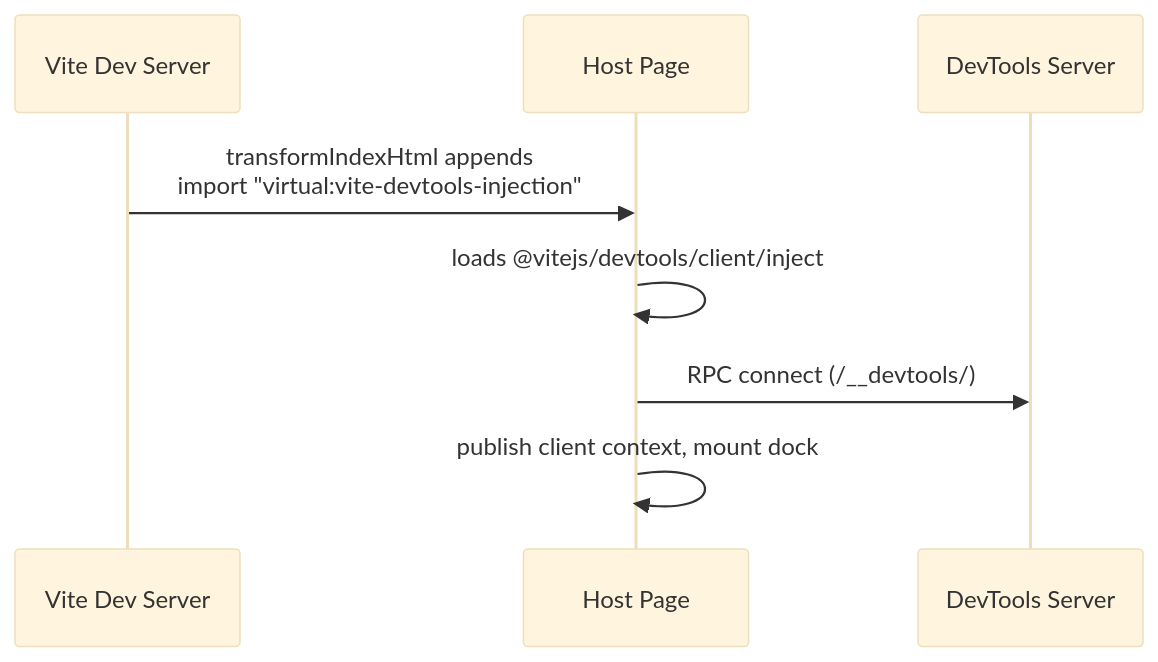
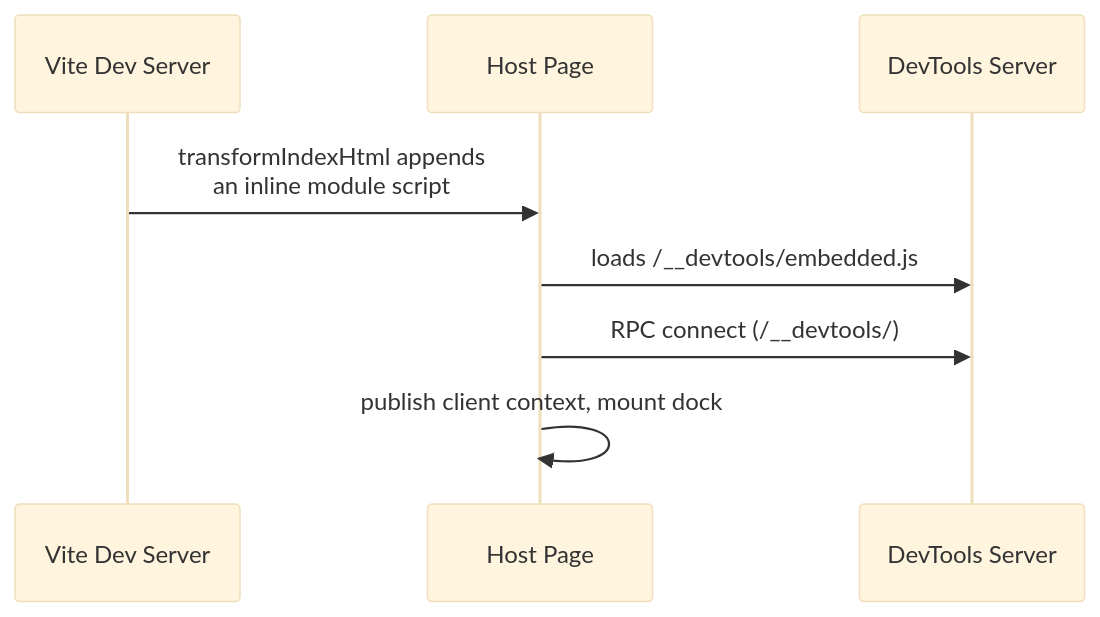
The diagram in docs/kit/client-context.md (vitejs/devtools), drawn with Mermaid (base theme) before and after one commit. The commit also changed other lines of this file and 1 other file, not shown here.

Commit message:
docs: update manual client injection usage (#596)

````diff
--- a/docs/kit/client-context.md
+++ b/docs/kit/client-context.md
@@ -22,11 +22,11 @@
 ```mermaid
 sequenceDiagram
   participant Vite as Vite Dev Server
   participant Page as Host Page
   participant Server as DevTools Server
 
-  Vite->>Page: transformIndexHtml appends<br/>import "virtual:vite-devtools-injection"
-  Page->>Page: loads @vitejs/devtools/client/inject
+  Vite->>Page: transformIndexHtml appends<br/>an inline module script
+  Page->>Server: loads /__devtools/embedded.js
   Page->>Server: RPC connect (/__devtools/)
   Page->>Page: publish client context, mount dock
 ```
````
